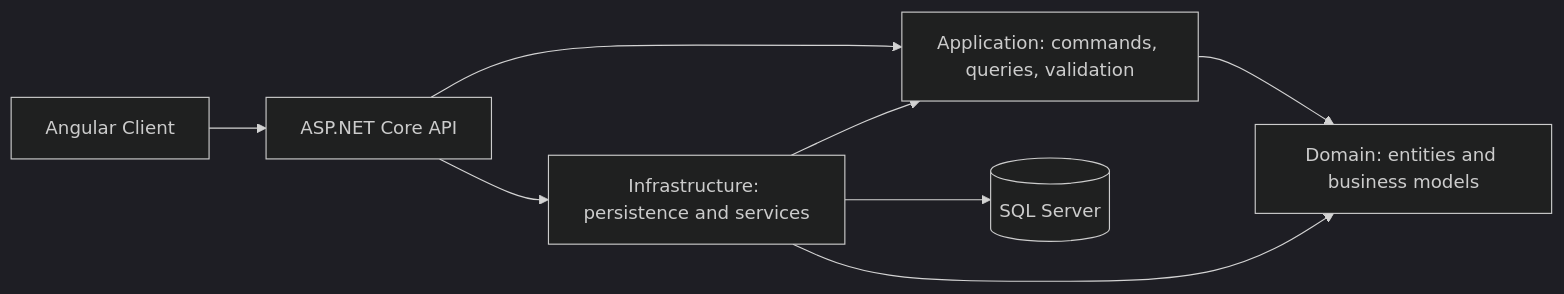
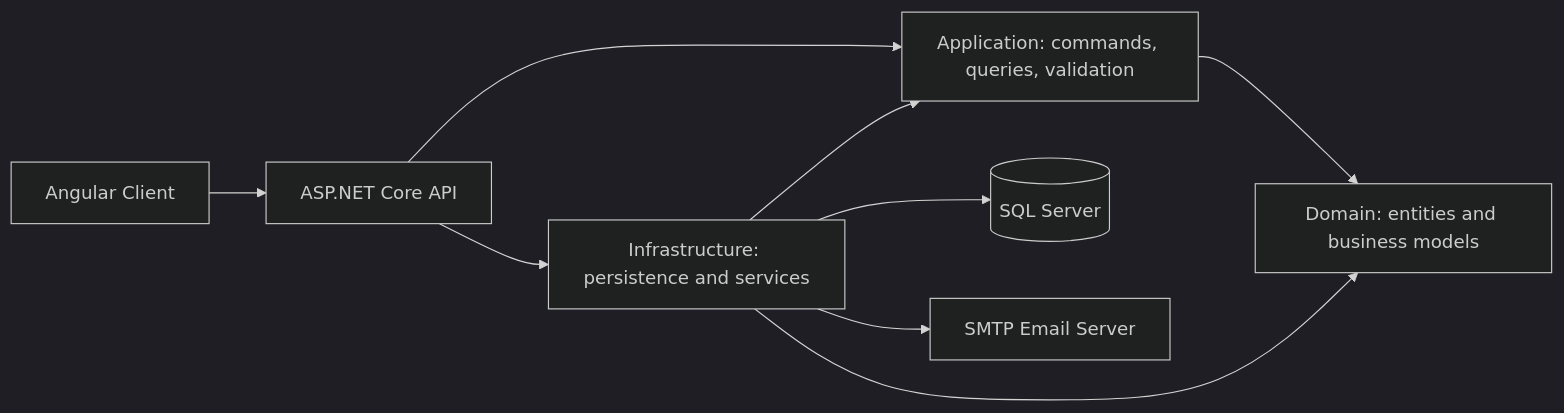
Before and after one commit to Sitt-Paing/InventoryManagementSystem: the diagram in README.md, drawn with Mermaid (dark theme). The commit also changed other lines of this file, not shown here.

Commit message:
docs: highlight security tenancy printing email and roadmap

````diff
--- a/README.md
+++ b/README.md
@@ -61,10 +81,11 @@
 ```mermaid
 flowchart LR
     Client[Angular Client] --> API[ASP.NET Core API]
     API --> Application[Application: commands, queries, validation]
     API --> Infrastructure[Infrastructure: persistence and services]
     Application --> Domain[Domain: entities and business models]
     Infrastructure --> Application
     Infrastructure --> Domain
     Infrastructure --> Database[(SQL Server)]
+    Infrastructure --> SMTP[SMTP Email Server]
 ```
````
